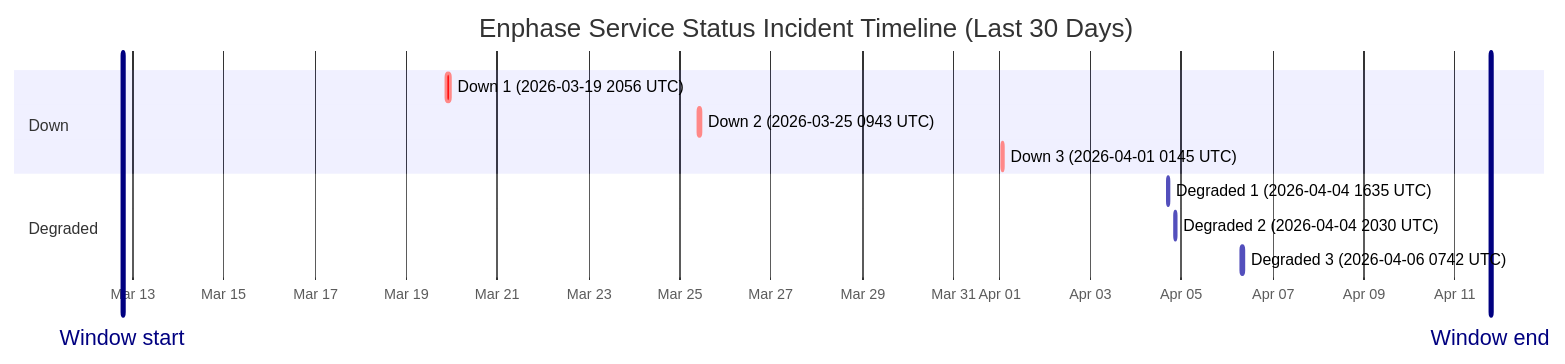
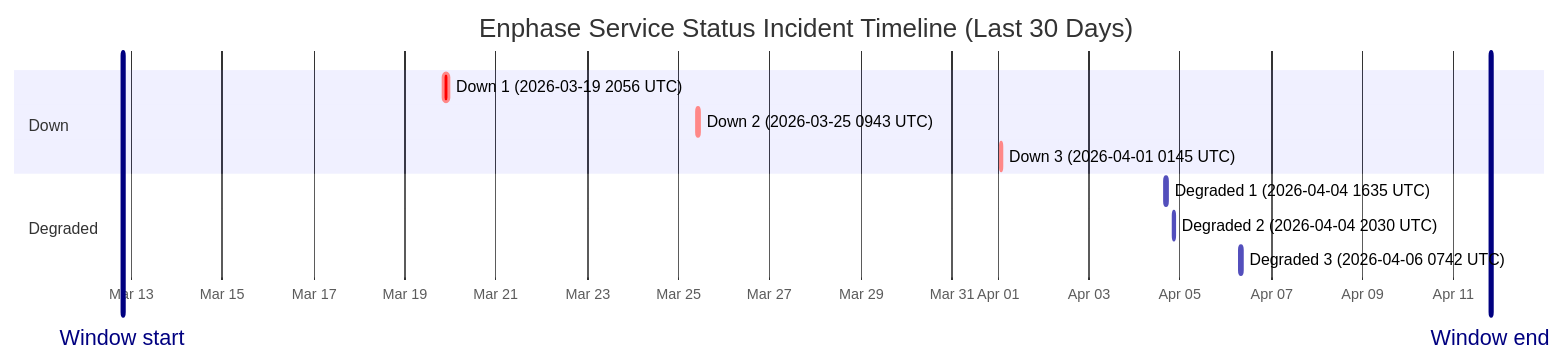
The diagram in wiki/Service-Status-History.md (barneyonline/ha-enphase-ev-charger), drawn with Mermaid before and after one commit. The commit also changed other lines of this file and 3 other files, not shown here.

````diff
--- a/wiki/Service-Status-History.md
+++ b/wiki/Service-Status-History.md
@@ -14,16 +14,16 @@
 ```mermaid
 gantt
     title Enphase Service Status Incident Timeline (Last 30 Days)
     dateFormat  YYYY-MM-DDTHH:mm:ss
     axisFormat  %b %d
-    Window start :vert, window-start, 2026-03-12T18:43:03, 0ms
-    Window end :vert, window-end, 2026-04-11T18:43:03, 0ms
+    Window start :vert, window-start, 2026-03-12T19:34:09, 0ms
+    Window end :vert, window-end, 2026-04-11T19:34:09, 0ms
     section Down
     Down 1 (2026-03-19 2056 UTC) :crit, down-1, 2026-03-19T20:56:20, 145m
     Down 2 (2026-03-25 0943 UTC) :crit, down-2, 2026-03-25T09:43:28, 111m
     Down 3 (2026-04-01 0145 UTC) :crit, down-3, 2026-04-01T01:45:09, 60m
     section Degraded
     Degraded 1 (2026-04-04 1635 UTC) :active, degraded-1, 2026-04-04T16:35:17, 60m
     Degraded 2 (2026-04-04 2030 UTC) :active, degraded-2, 2026-04-04T20:30:40, 60m
     Degraded 3 (2026-04-06 0742 UTC) :active, degraded-3, 2026-04-06T07:42:09, 85m
 ```
````
